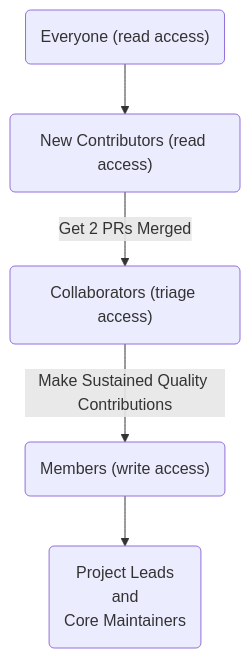
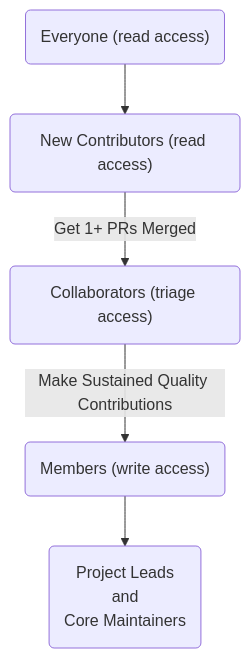
One commit to oppia/oppia-web-developer-docs changed the diagram in Contributing-code-to-Oppia.md. Above: the diagram before and after it, drawn with Mermaid. The commit also changed other lines of this file, not shown here.

````diff
--- a/Contributing-code-to-Oppia.md
+++ b/Contributing-code-to-Oppia.md
@@ -130,4 +130,4 @@
 ```mermaid
 graph TD;
-    Everyone("Everyone (read access)") --> Contributors("New Contributors (read access)") --Get 2 PRs Merged--> Collaborators("Collaborators (triage access)") --Make Sustained Quality Contributions--> Members("Members (write access)") --> Lead(Project Leads<br /> and<br /> Core Maintainers);
+    Everyone("Everyone (read access)") --> Contributors("New Contributors (read access)") --Get 1+ PRs Merged--> Collaborators("Collaborators (triage access)") --Make Sustained Quality Contributions--> Members("Members (write access)") --> Lead(Project Leads<br /> and<br /> Core Maintainers);
 ```
````
